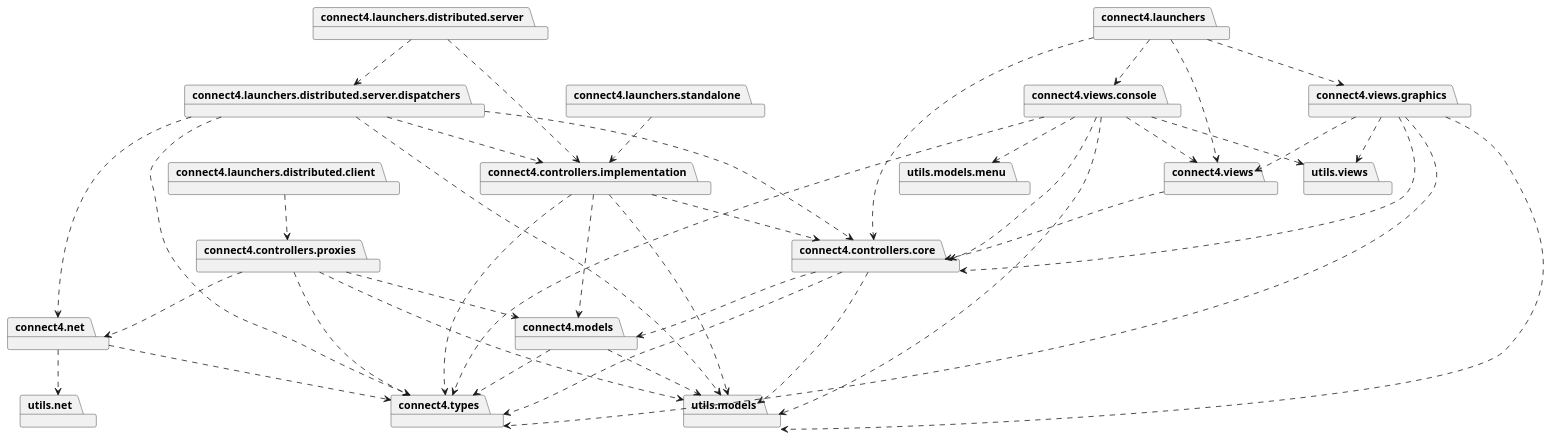
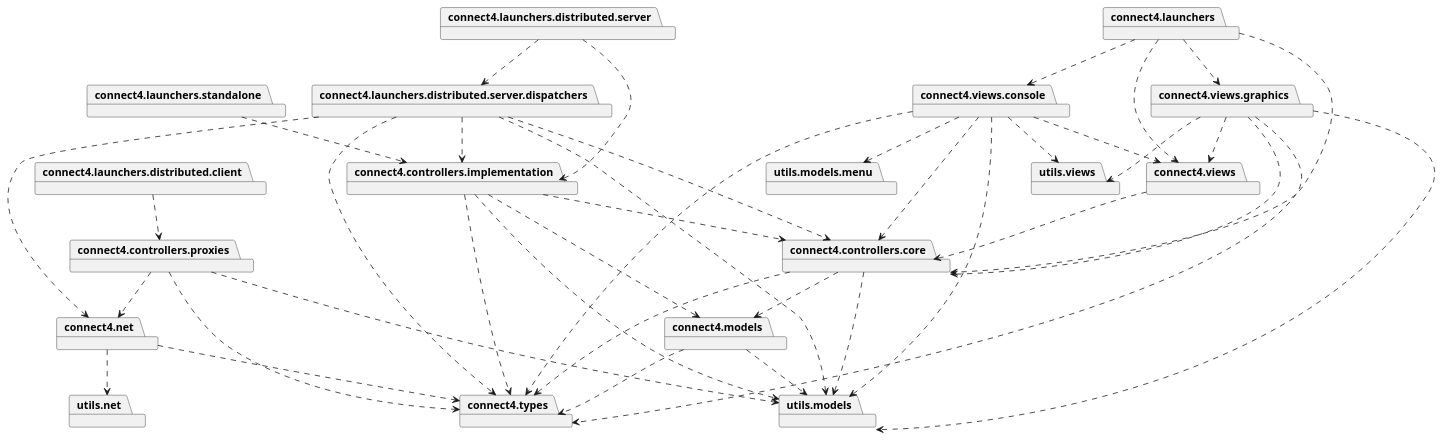
Before and after one commit to js-rom/connect4: the diagram in connect4/Docs/diagrams/src/packages/packageDiagramDistributed.plantuml, drawn with PlantUML. The commit also changed 24 other files, not shown here.

```diff
--- a/connect4/Docs/diagrams/src/packages/packageDiagramDistributed.plantuml
+++ b/connect4/Docs/diagrams/src/packages/packageDiagramDistributed.plantuml
@@ -1,77 +1,76 @@
 @startuml
 
 package connect4.launchers
 package connect4.controllers.core
 package connect4.views
 package connect4.views.graphics
 package connect4.views.console
 
 connect4.launchers ..> connect4.controllers.core
 connect4.launchers ..> connect4.views
 connect4.launchers ..> connect4.views.console
 connect4.launchers ..> connect4.views.graphics
 
 package connect4.launchers.standalone
 package connect4.controllers.implementation
 connect4.launchers.standalone ..> connect4.controllers.implementation
 
 package connect4.launchers.distributed.client
 package connect4.controllers.proxies
 connect4.launchers.distributed.client ..> connect4.controllers.proxies
 
 package connect4.launchers.distributed.server
 package connect4.launchers.distributed.server.dispatchers
 connect4.launchers.distributed.server ..> connect4.launchers.distributed.server.dispatchers
 connect4.launchers.distributed.server ..> connect4.controllers.implementation
 package connect4.types
 package utils.models
 package connect4.controllers.core
 connect4.launchers.distributed.server.dispatchers ..> connect4.controllers.implementation
 connect4.launchers.distributed.server.dispatchers ..> connect4.types
 connect4.launchers.distributed.server.dispatchers ..> utils.models
 connect4.launchers.distributed.server.dispatchers ..> connect4.controllers.core
 package connect4.net
 connect4.launchers.distributed.server.dispatchers ..> connect4.net
 
 package connect4.models
 connect4.models ..> connect4.types
 connect4.models ..> utils.models
 
 
 connect4.net ..> connect4.types
 package utils.net
 connect4.net ..> utils.net
 
 package connect4.controllers.core
 connect4.controllers.core ..> connect4.types
 connect4.controllers.core ..> connect4.models
 connect4.controllers.core ..> utils.models
 
 connect4.controllers.implementation ..> connect4.controllers.core
 connect4.controllers.implementation ..> connect4.models
 connect4.controllers.implementation ..> connect4.types
 connect4.controllers.implementation ..> utils.models
 
 connect4.controllers.proxies ..> connect4.types
 connect4.controllers.proxies ..> connect4.net
 connect4.controllers.proxies ..> utils.models
-connect4.controllers.proxies ..> connect4.models
 
 connect4.views ..> connect4.controllers.core
 connect4.views.console ..> connect4.controllers.core
 connect4.views.console ..> connect4.views
 package utils.views
 connect4.views.console ..> utils.views
 connect4.views.console ..> connect4.types
 connect4.views.console ..> utils.models
 package utils.models.menu
 connect4.views.console ..> utils.models.menu
 
 connect4.views.graphics ..> connect4.controllers.core
 connect4.views.graphics ..> connect4.types
 connect4.views.graphics ..> utils.models
 connect4.views.graphics ..> connect4.views
 connect4.views.graphics ..> utils.views
 
 
 @enduml
```
